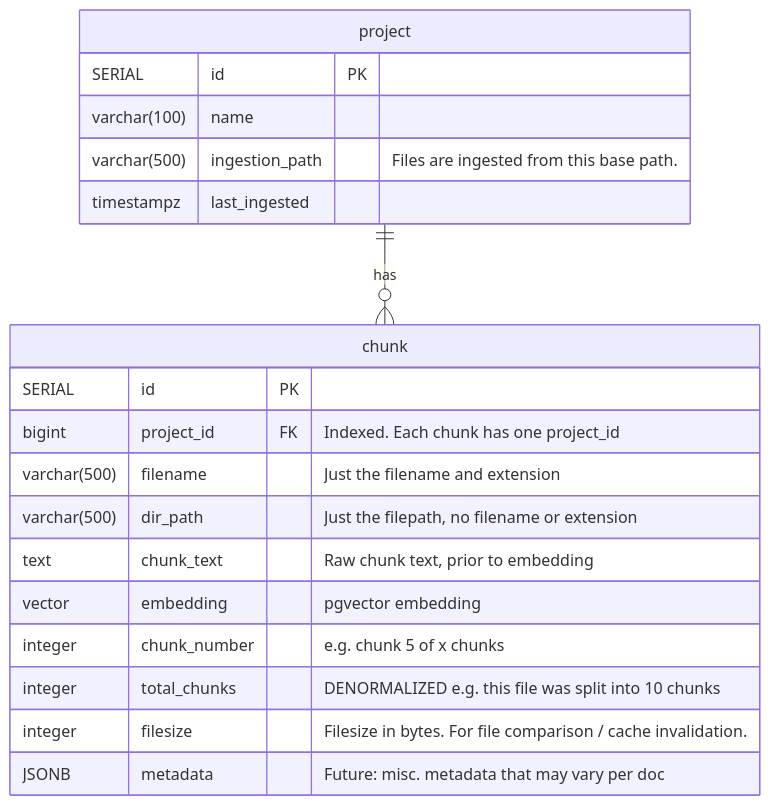
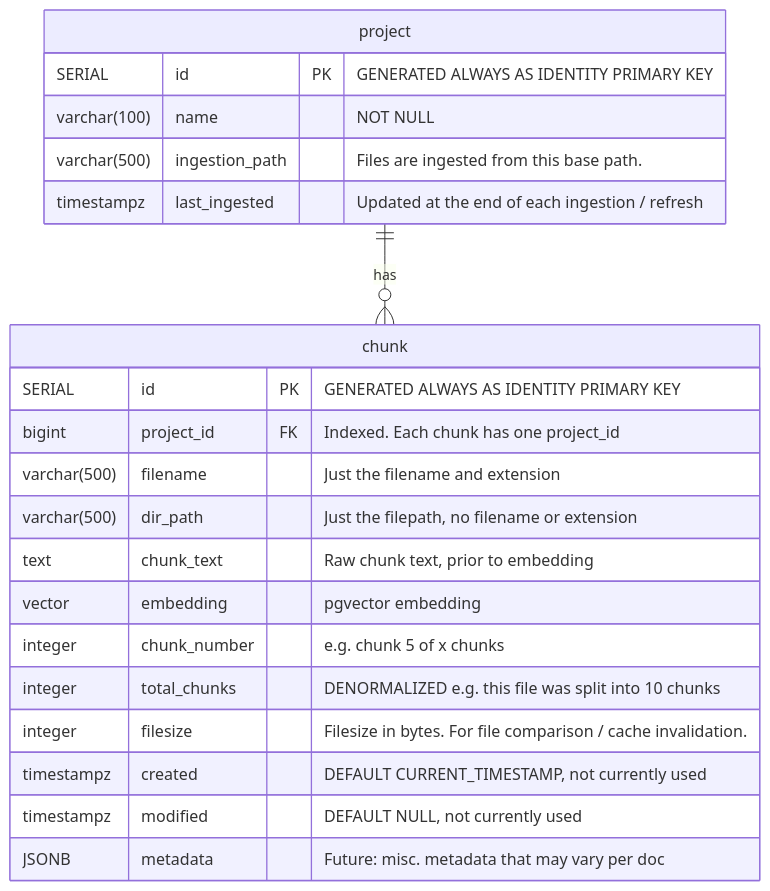
One commit to svalenziano/yara changed the ninth of 9 diagrams in README.md. Above: the diagram before and after it, drawn with Mermaid. The commit also changed other lines of this file and 13 other files, not shown here.

First line of the commit message:
feat: CLI UI improvements and supporting DB schema mods — extract helpers, fix chat rendering, cleaner screens

````diff
--- a/README.md
+++ b/README.md
@@ -182,24 +180,26 @@
 ```mermaid
     erDiagram
         chunk {
-            SERIAL id PK
+            SERIAL id PK "GENERATED ALWAYS AS IDENTITY PRIMARY KEY"
             bigint project_id FK "Indexed. Each chunk has one project_id"
             varchar(500) filename "Just the filename and extension"
             varchar(500) dir_path "Just the filepath, no filename or extension"
             text chunk_text "Raw chunk text, prior to embedding"
             vector embedding "pgvector embedding"
             integer chunk_number "e.g. chunk 5 of x chunks"
             integer total_chunks "DENORMALIZED e.g. this file was split into 10 chunks"
             integer filesize "Filesize in bytes. For file comparison / cache invalidation."
+            timestampz created "DEFAULT CURRENT_TIMESTAMP, not currently used"
+            timestampz modified "DEFAULT NULL, not currently used"
             JSONB metadata "Future: misc. metadata that may vary per doc"
         }
         
         project {
-	        SERIAL id PK
-            varchar(100) name
+	        SERIAL id PK "GENERATED ALWAYS AS IDENTITY PRIMARY KEY"
+            varchar(100) name "NOT NULL"
             varchar(500) ingestion_path "Files are ingested from this base path."
-            timestampz last_ingested
+            timestampz last_ingested "Updated at the end of each ingestion / refresh"
         }
         
         project ||--o{ chunk : "has"
 ```
````
